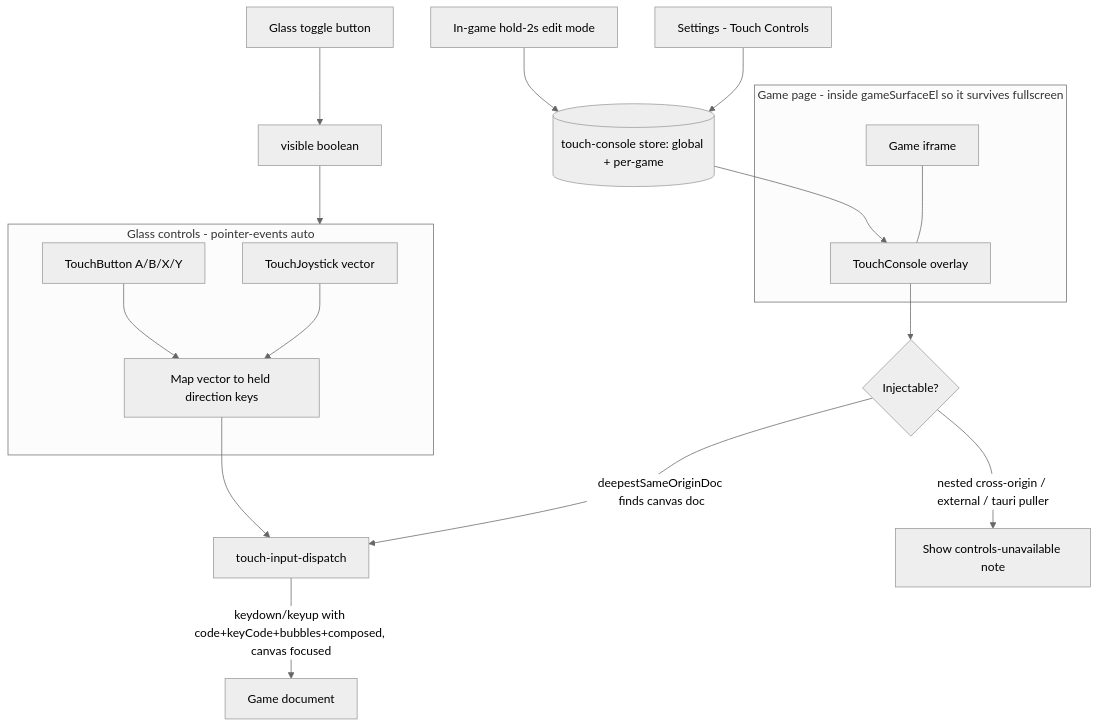
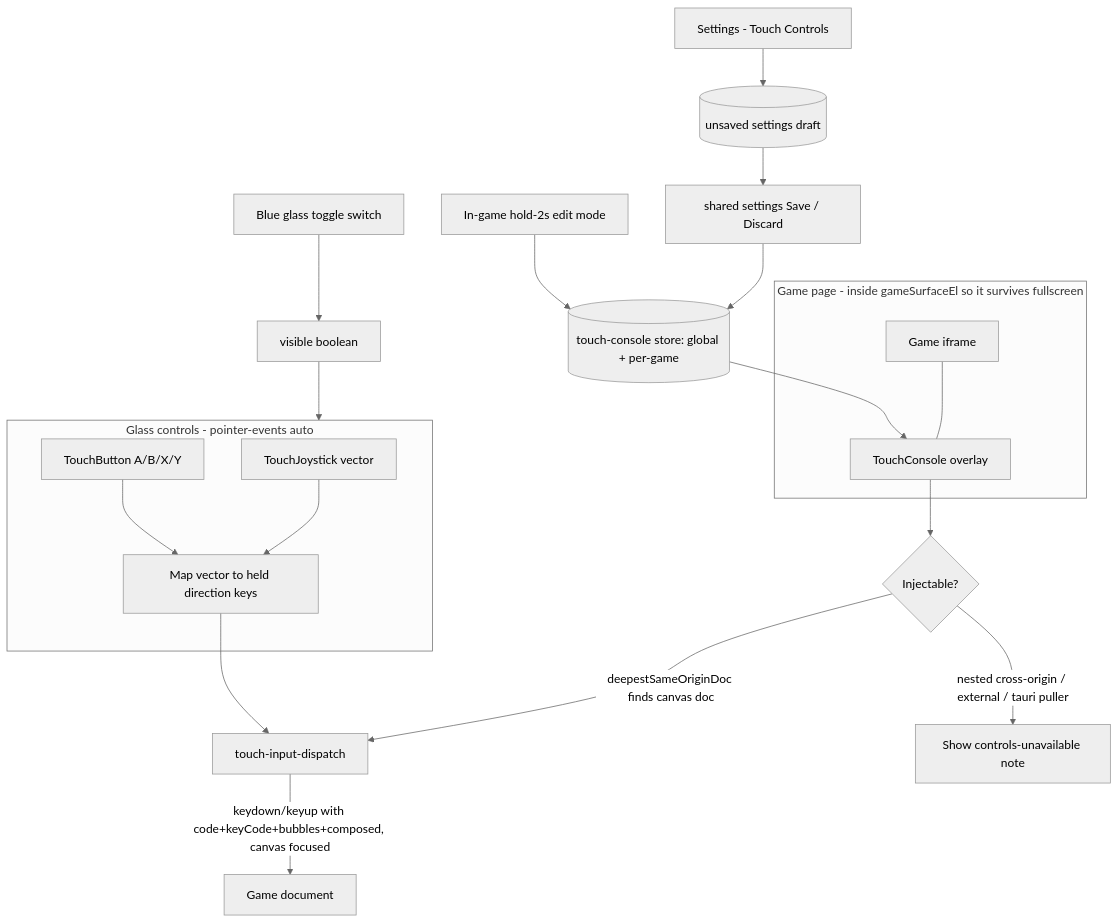
One commit to dixonSolutions/potatoetomatoe3 changed the diagram in docs/touch-console.md. Above: the diagram before and after it, drawn with Mermaid (neutral theme). The commit also changed other lines of this file and 24 other files, not shown here.

First line of the commit message:
Improve offline storage, touch controls, and release CI

````diff
--- a/docs/touch-console.md
+++ b/docs/touch-console.md
@@ -11,24 +11,26 @@
 ```mermaid
 flowchart TD
     subgraph page [Game page - inside gameSurfaceEl so it survives fullscreen]
         iframe[Game iframe] --- overlay[TouchConsole overlay]
     end
 
     overlay --> cap{Injectable?}
     cap -->|deepestSameOriginDoc finds canvas doc| dispatch[touch-input-dispatch]
     cap -->|nested cross-origin / external / tauri puller| unavailable[Show controls-unavailable note]
 
     subgraph controls [Glass controls - pointer-events auto]
         joy[TouchJoystick vector] --> translate[Map vector to held direction keys]
         btns[TouchButton A/B/X/Y] --> translate
     end
     translate --> dispatch
     dispatch -->|keydown/keyup with code+keyCode+bubbles+composed, canvas focused| gamedoc[Game document]
 
-    toggleBtn[Glass toggle button] --> visible[visible boolean]
+    toggleBtn[Blue glass toggle switch] --> visible[visible boolean]
     visible --> controls
 
-    settings[Settings - Touch Controls] --> store[(touch-console store: global + per-game)]
+    settings[Settings - Touch Controls] --> draft[(unsaved settings draft)]
+    draft --> saveSplit[shared settings Save / Discard]
+    saveSplit --> store[(touch-console store: global + per-game)]
     editmode[In-game hold-2s edit mode] --> store
     store --> overlay
 ```
````
